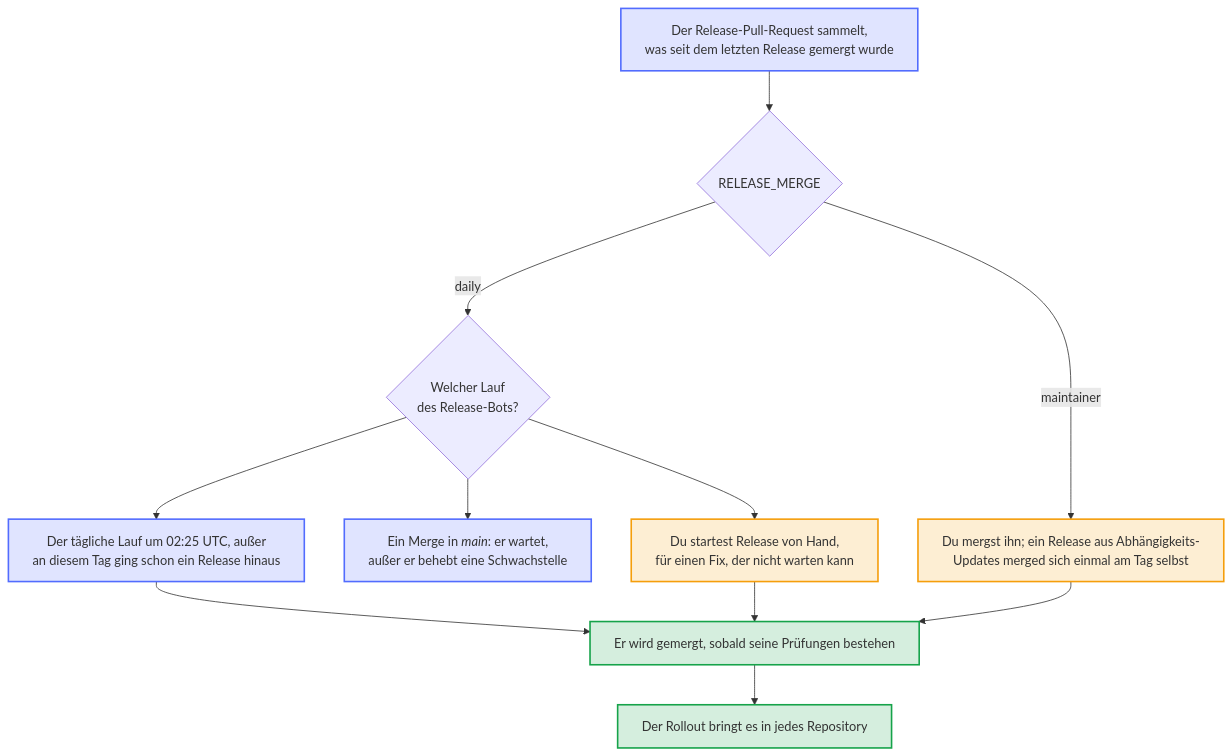
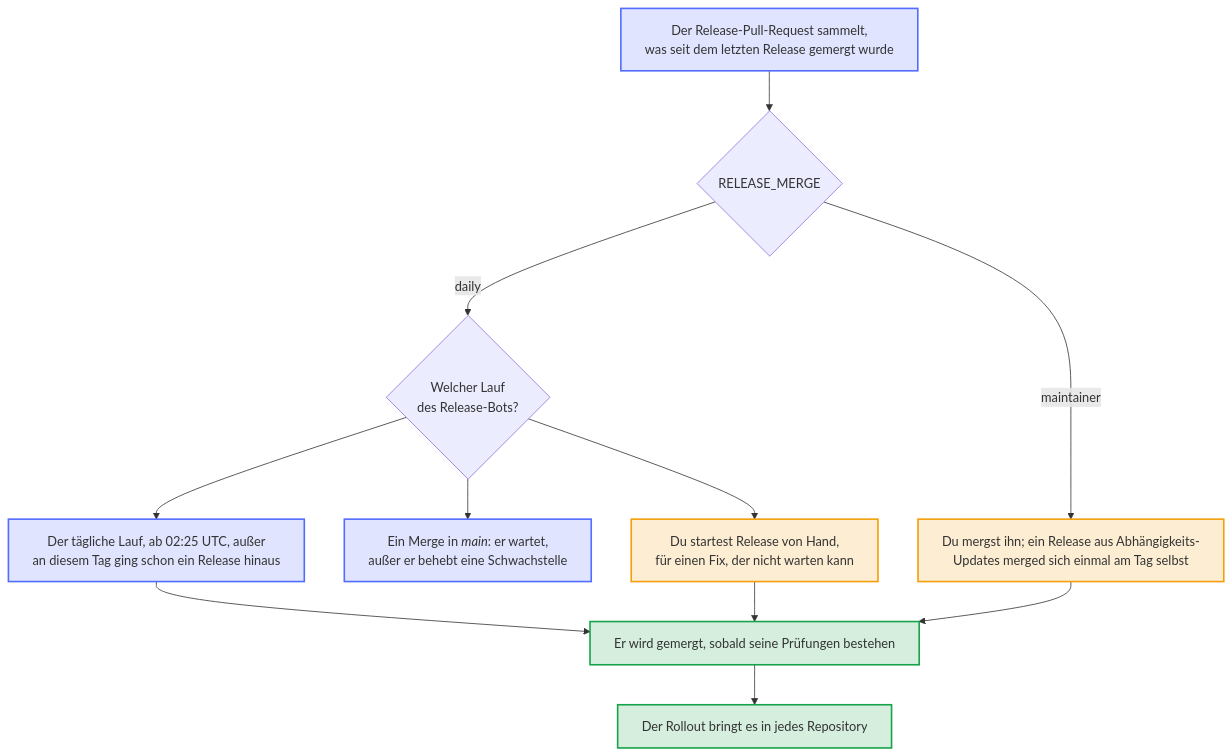
The diagram in docs/diagrams/when-the-release-pull-request-merges.de.mmd (Dennis-Otto/repo-blueprint), drawn with Mermaid before and after one commit. The commit also changed 23 other files, not shown here.

First line of the commit message:
fix(release): promise no time that GitHub doesn't keep for the daily release (#1056)

```diff
--- a/docs/diagrams/when-the-release-pull-request-merges.de.mmd
+++ b/docs/diagrams/when-the-release-pull-request-merges.de.mmd
@@ -1,36 +1,36 @@
 ---
 config:
   flowchart:
     wrappingWidth: 400
 ---
 flowchart TB
     accTitle: Wann der Release-Pull-Request gemergt wird
-    accDescr: Wo die Variable RELEASE_MERGE daily ist, wie im Blueprint, merged der Release-Bot jedes Release selbst. Der Lauf eines Merges in main hält den Release-Pull-Request nur aktuell, außer der Merge behebt eine Schwachstelle, der sofort gemergt wird. Der tägliche Lauf um 02:25 UTC merged ihn, sobald seine Prüfungen bestehen, außer an diesem Tag ging schon ein Release hinaus. Ein Lauf von Release, den du von Hand startest, released sofort, für einen Fix, der nicht warten kann. Mit maintainer, der Vorgabe eines neuen Repositorys, mergst du ihn, und nur ein Release aus Abhängigkeits-Updates merged sich selbst, einmal am Tag. Der Rollout bringt das Release dann in jedes Repository, das dem Blueprint folgt.
+    accDescr: Wo die Variable RELEASE_MERGE daily ist, wie im Blueprint, merged der Release-Bot jedes Release selbst. Der Lauf eines Merges in main hält den Release-Pull-Request nur aktuell, außer der Merge behebt eine Schwachstelle, der sofort gemergt wird. Der tägliche Lauf, den GitHub ab 02:25 UTC startet, derzeit meist Stunden später, merged ihn, sobald seine Prüfungen bestehen, außer an diesem Tag ging schon ein Release hinaus. Ein Lauf von Release, den du von Hand startest, released sofort, für einen Fix, der nicht warten kann. Mit maintainer, der Vorgabe eines neuen Repositorys, mergst du ihn, und nur ein Release aus Abhängigkeits-Updates merged sich selbst, einmal am Tag. Der Rollout bringt das Release dann in jedes Repository, das dem Blueprint folgt.
 
     pr["`Der Release-Pull-Request sammelt,<br>was seit dem letzten Release gemergt wurde`"]
     setting{"`RELEASE_MERGE`"}
     you["`Du mergst ihn; ein Release aus Abhängigkeits-<br>Updates merged sich einmal am Tag selbst`"]
     event{"Welcher Lauf<br>des Release-Bots?"}
     push["`Ein Merge in *main*: er wartet,<br>außer er behebt eine Schwachstelle`"]
-    daily["`Der tägliche Lauf um 02:25 UTC, außer<br>an diesem Tag ging schon ein Release hinaus`"]
+    daily["`Der tägliche Lauf, ab 02:25 UTC, außer<br>an diesem Tag ging schon ein Release hinaus`"]
     hand["`Du startest Release von Hand,<br>für einen Fix, der nicht warten kann`"]
     merged["`Er wird gemergt, sobald seine Prüfungen bestehen`"]
     rollout["`Der Rollout bringt es in jedes Repository`"]
 
     pr --> setting
     setting -- "maintainer" --> you
     setting -- "daily" --> event
     event --> push
     event --> daily
     event --> hand
     daily --> merged
     hand --> merged
     you --> merged
     merged --> rollout
 
     classDef bot fill:#526cfe2e,stroke:#526cfe,stroke-width:2px
     classDef you fill:#f59e0b2e,stroke:#f59e0b,stroke-width:2px
     classDef done fill:#16a34a2e,stroke:#16a34a,stroke-width:2px
     class pr,push,daily bot
     class you,hand you
     class merged,rollout done
```
